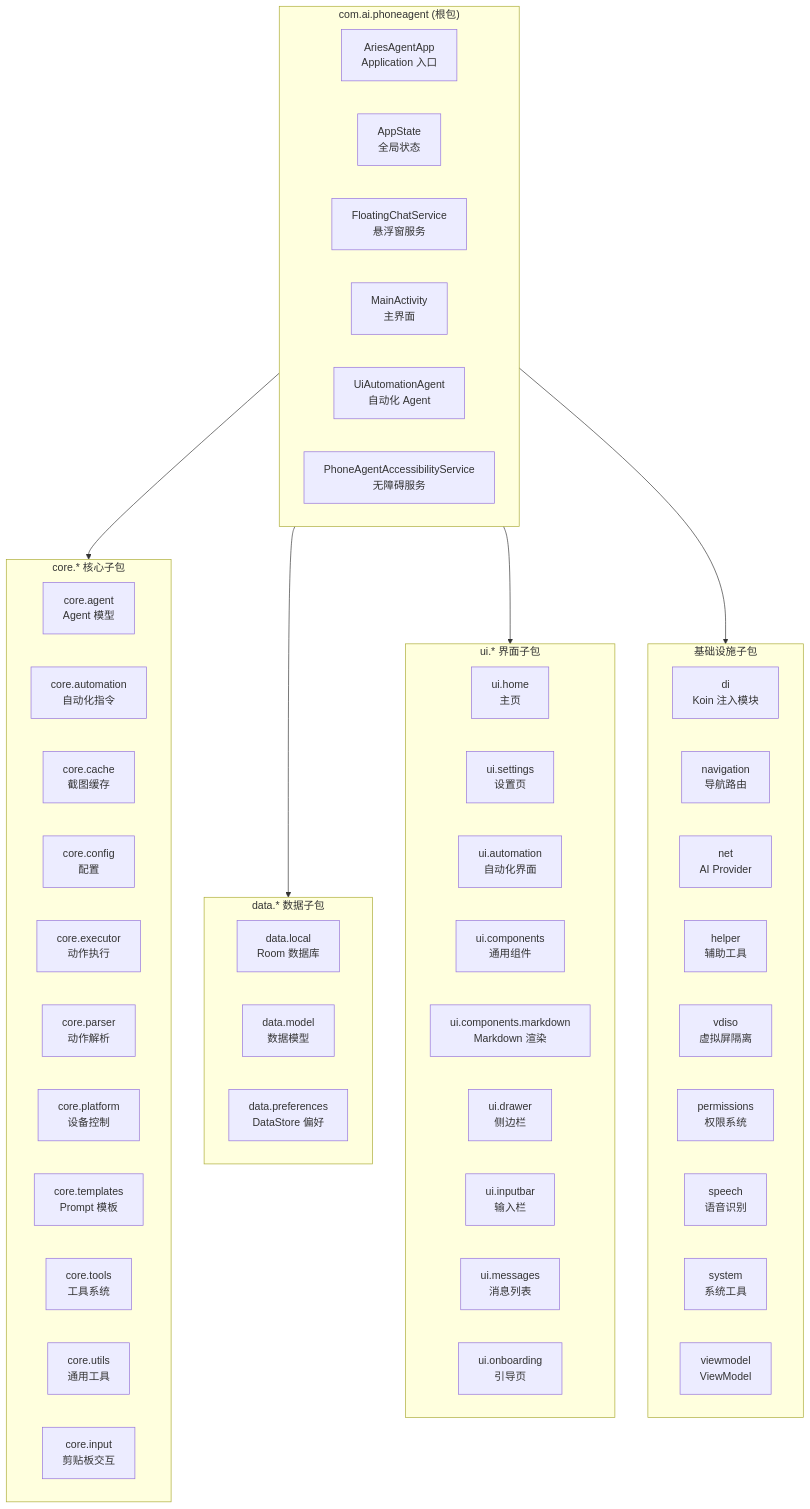
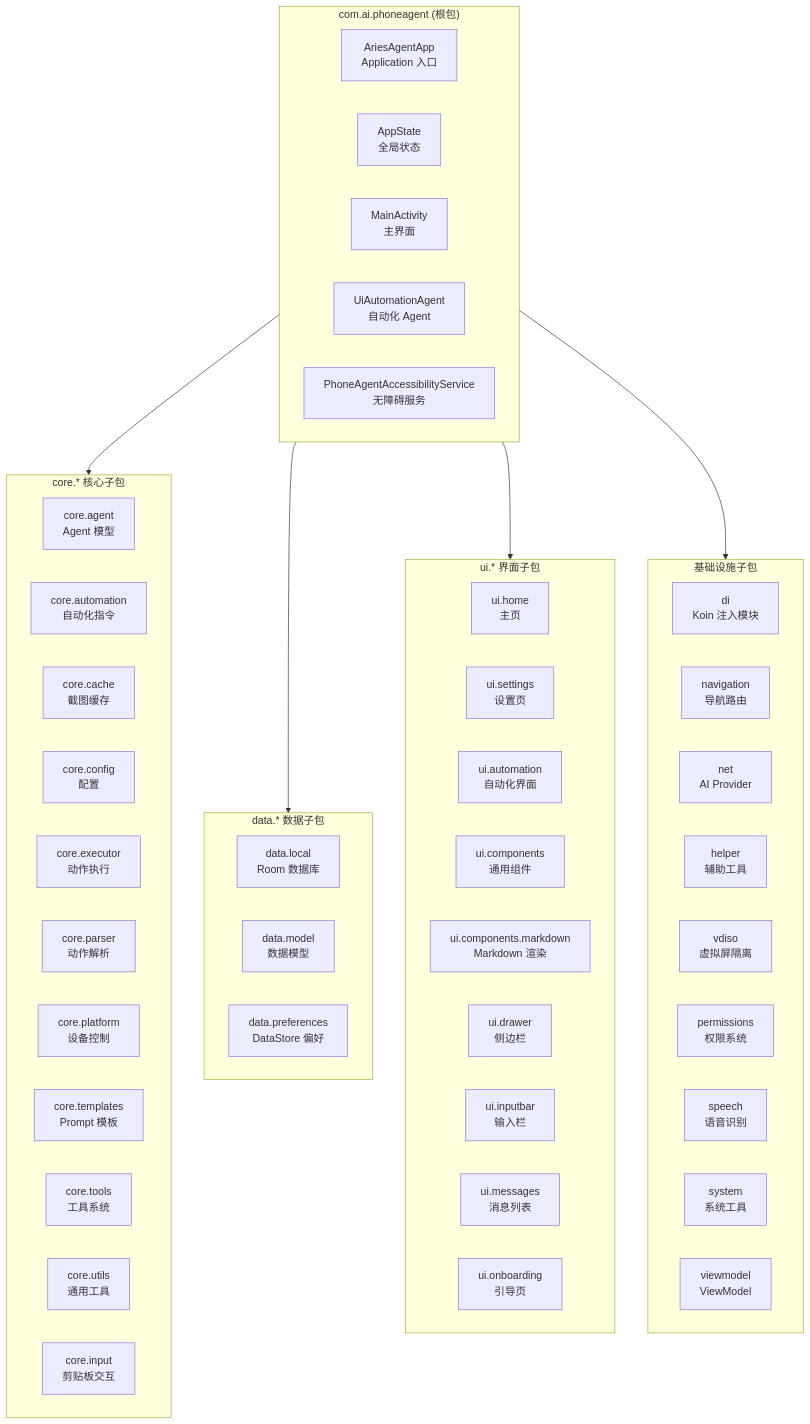
The second of 3 diagrams in Aries-site/docs/技术架构/模块组织结构.md (ZG0704666/Aries-AI), drawn with Mermaid before and after one commit. The commit also changed other lines of this file and 45 other files, not shown here.

````diff
--- a/Aries-site/docs/技术架构/模块组织结构.md
+++ b/Aries-site/docs/技术架构/模块组织结构.md
@@ -235,60 +235,59 @@
 ```mermaid
 flowchart TD
     subgraph Root["com.ai.phoneagent (根包)"]
         App["AriesAgentApp<br/>Application 入口"]
         AppState["AppState<br/>全局状态"]
-        FloatingChat["FloatingChatService<br/>悬浮窗服务"]
         MainActivity["MainActivity<br/>主界面"]
         UiAutomationAgent["UiAutomationAgent<br/>自动化 Agent"]
         Accessibility["PhoneAgentAccessibilityService<br/>无障碍服务"]
     end
 
     subgraph Core["core.* 核心子包"]
         Agent["core.agent<br/>Agent 模型"]
         Automation["core.automation<br/>自动化指令"]
         Cache["core.cache<br/>截图缓存"]
         Config["core.config<br/>配置"]
         Executor["core.executor<br/>动作执行"]
         Parser["core.parser<br/>动作解析"]
         Platform["core.platform<br/>设备控制"]
         Templates["core.templates<br/>Prompt 模板"]
         Tools["core.tools<br/>工具系统"]
         Utils["core.utils<br/>通用工具"]
         Input["core.input<br/>剪贴板交互"]
     end
 
     subgraph Data["data.* 数据子包"]
         Local["data.local<br/>Room 数据库"]
         Model["data.model<br/>数据模型"]
         Preferences["data.preferences<br/>DataStore 偏好"]
     end
 
     subgraph UI["ui.* 界面子包"]
         Home["ui.home<br/>主页"]
         Settings["ui.settings<br/>设置页"]
         AutomationUI["ui.automation<br/>自动化界面"]
         Components["ui.components<br/>通用组件"]
         MarkdownUI["ui.components.markdown<br/>Markdown 渲染"]
         Drawer["ui.drawer<br/>侧边栏"]
         InputBar["ui.inputbar<br/>输入栏"]
         Messages["ui.messages<br/>消息列表"]
         Onboarding["ui.onboarding<br/>引导页"]
     end
 
     subgraph Infra["基础设施子包"]
         DI["di<br/>Koin 注入模块"]
         Navigation["navigation<br/>导航路由"]
         Net["net<br/>AI Provider"]
         Helper["helper<br/>辅助工具"]
         VDIso["vdiso<br/>虚拟屏隔离"]
         Permissions["permissions<br/>权限系统"]
         Speech["speech<br/>语音识别"]
         System["system<br/>系统工具"]
         ViewModel["viewmodel<br/>ViewModel"]
     end
 
     Root --> Core
     Root --> Data
     Root --> UI
     Root --> Infra
 ```
````
